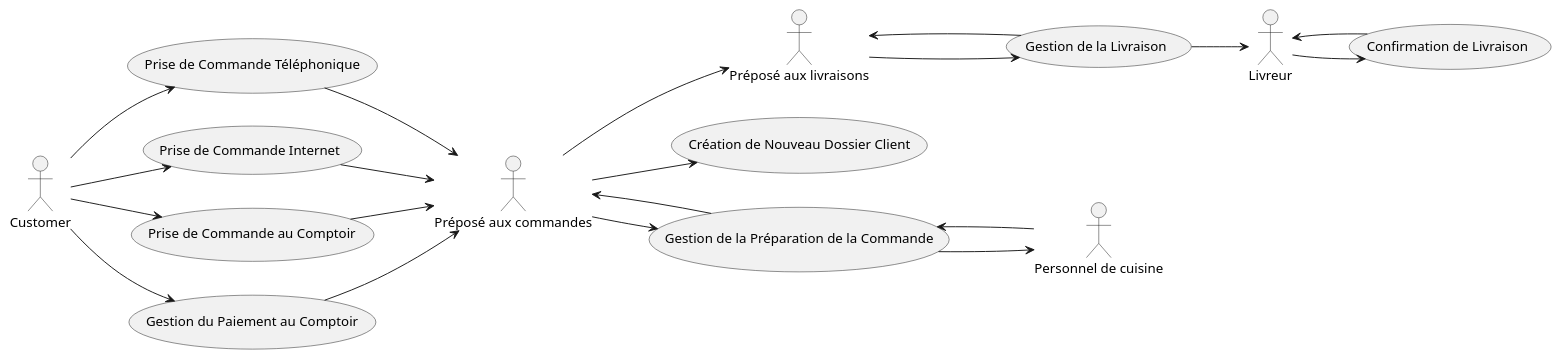
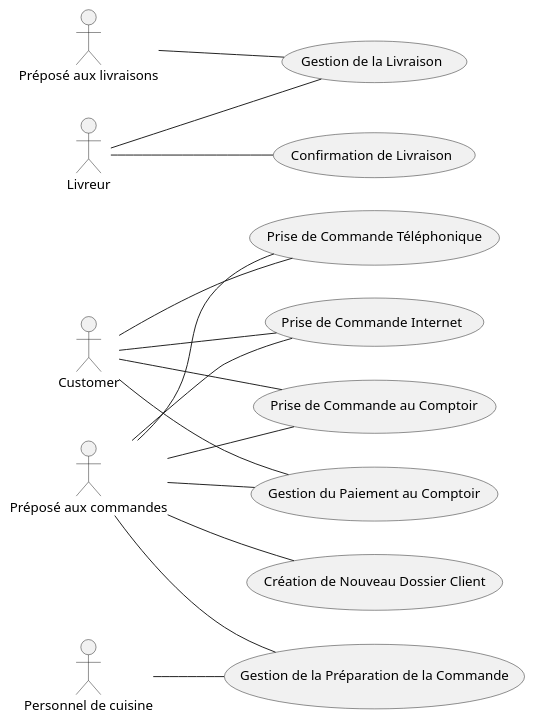
One commit to brainchemist2005/Syst-me-de-gestion-de-livraison-de-pizzas changed the diagram in UML.puml. Above: the diagram before and after it, drawn with PlantUML.

Commit message:
Correction du diagramme (supression des duplications des liens).

```diff
--- a/UML.puml
+++ b/UML.puml
@@ -1,46 +1,41 @@
 @startuml
 left to right direction
 
 actor Client as "Customer"
 actor "Préposé aux commandes" as OrderClerk
 actor "Personnel de cuisine" as KitchenStaff
 actor "Préposé aux livraisons" as DeliveryHandler
 actor Livreur as DeliveryDriver
 
 usecase "Prise de Commande Téléphonique" as UC1
 usecase "Prise de Commande Internet" as UC2
 usecase "Création de Nouveau Dossier Client" as UC3
 usecase "Prise de Commande au Comptoir" as UC4
 usecase "Gestion de la Préparation de la Commande" as UC5
 usecase "Gestion de la Livraison" as UC6
 usecase "Confirmation de Livraison" as UC7
 usecase "Gestion du Paiement au Comptoir" as UC8
 
-Client --> UC1
-Client --> UC2
-Client --> UC4
-Client --> UC8
+Client -- UC1
+Client -- UC2
+Client -- UC4
+Client -- UC8
 
-UC1 --> OrderClerk
-UC2--> OrderClerk
-OrderClerk --> UC3
-UC4 --> OrderClerk
-UC8 --> OrderClerk
+OrderClerk -- UC1
+OrderClerk -- UC2
+OrderClerk -- UC3
+OrderClerk -- UC4
+OrderClerk -- UC8
 
-OrderClerk --> UC5
+OrderClerk -- UC5
 
-KitchenStaff --> UC5
+KitchenStaff -- UC5
 
-UC5 --> OrderClerk
 
-OrderClerk --> DeliveryHandler
+DeliveryHandler -- UC6
 
-DeliveryHandler --> UC6
+DeliveryDriver -- UC7
 
-DeliveryDriver --> UC7
+DeliveryDriver -- UC6
 
-UC5 --> KitchenStaff
-UC6 --> DeliveryHandler
-UC6 --> DeliveryDriver
-UC7 --> DeliveryDriver
 @enduml
```
